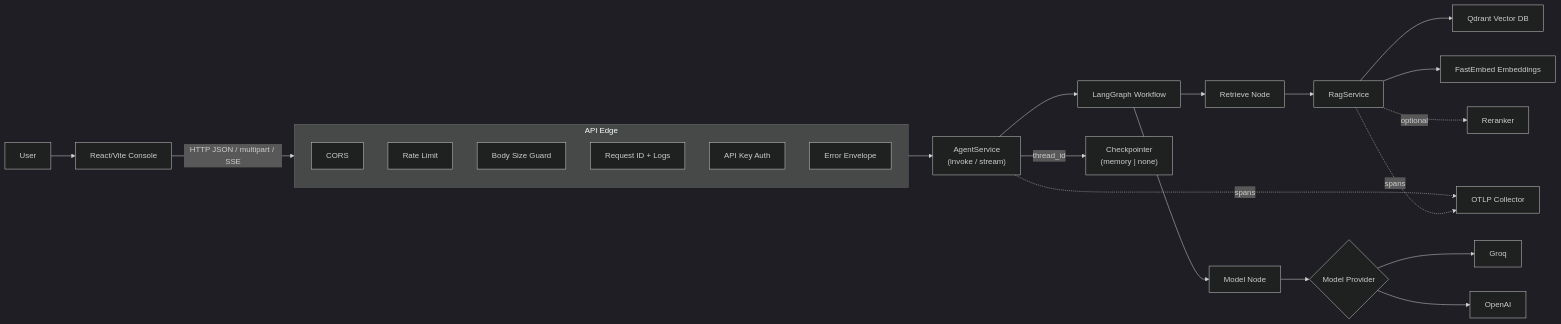
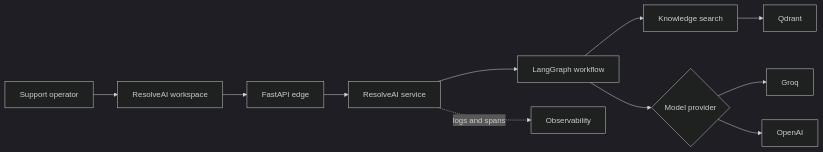
One commit to Anup-Chaurasiya/Resolve-AI---AI-Support-Operations-Platform- changed the first of 4 diagrams in docs/architecture-diagrams.md. Above: the diagram before and after it, drawn with Mermaid (dark theme). The commit also changed other lines of this file and 48 other files, not shown here.

````diff
--- a/docs/architecture-diagrams.md
+++ b/docs/architecture-diagrams.md
@@ -5,32 +5,13 @@
 ```mermaid
 flowchart LR
-    User["User"] --> Frontend["React/Vite Console"]
-    Frontend -->|"HTTP JSON / multipart / SSE"| Edge
-
-    subgraph Edge["API Edge"]
-        CORS["CORS"]
-        RateLimit["Rate Limit"]
-        BodyLimit["Body Size Guard"]
-        ReqCtx["Request ID + Logs"]
-        Auth["API Key Auth"]
-        Errors["Error Envelope"]
-    end
-
-    Edge --> AgentService["AgentService\n(invoke / stream)"]
-    AgentService --> Graph["LangGraph Workflow"]
-    AgentService -->|"thread_id"| Checkpointer["Checkpointer\n(memory | none)"]
-
-    Graph --> Retriever["Retrieve Node"]
-    Retriever --> RagService["RagService"]
-    RagService --> Qdrant["Qdrant Vector DB"]
-    RagService --> Embeddings["FastEmbed Embeddings"]
-    RagService -.optional.-> Reranker["Reranker"]
-
-    Graph --> ModelNode["Model Node"]
-    ModelNode --> Provider{"Model Provider"}
-    Provider --> Groq["Groq"]
-    Provider --> OpenAI["OpenAI"]
-
-    AgentService -.spans.-> OTEL["OTLP Collector"]
-    RagService -.spans.-> OTEL
+    Operator["Support operator"] --> UI["ResolveAI workspace"]
+    UI --> Edge["FastAPI edge"]
+    Edge --> Service["ResolveAI service"]
+    Service --> Graph["LangGraph workflow"]
+    Graph --> Search["Knowledge search"]
+    Search --> Qdrant["Qdrant"]
+    Graph --> Model{"Model provider"}
+    Model --> Groq["Groq"]
+    Model --> OpenAI["OpenAI"]
+    Service -. logs and spans .-> Telemetry["Observability"]
 ```
````
